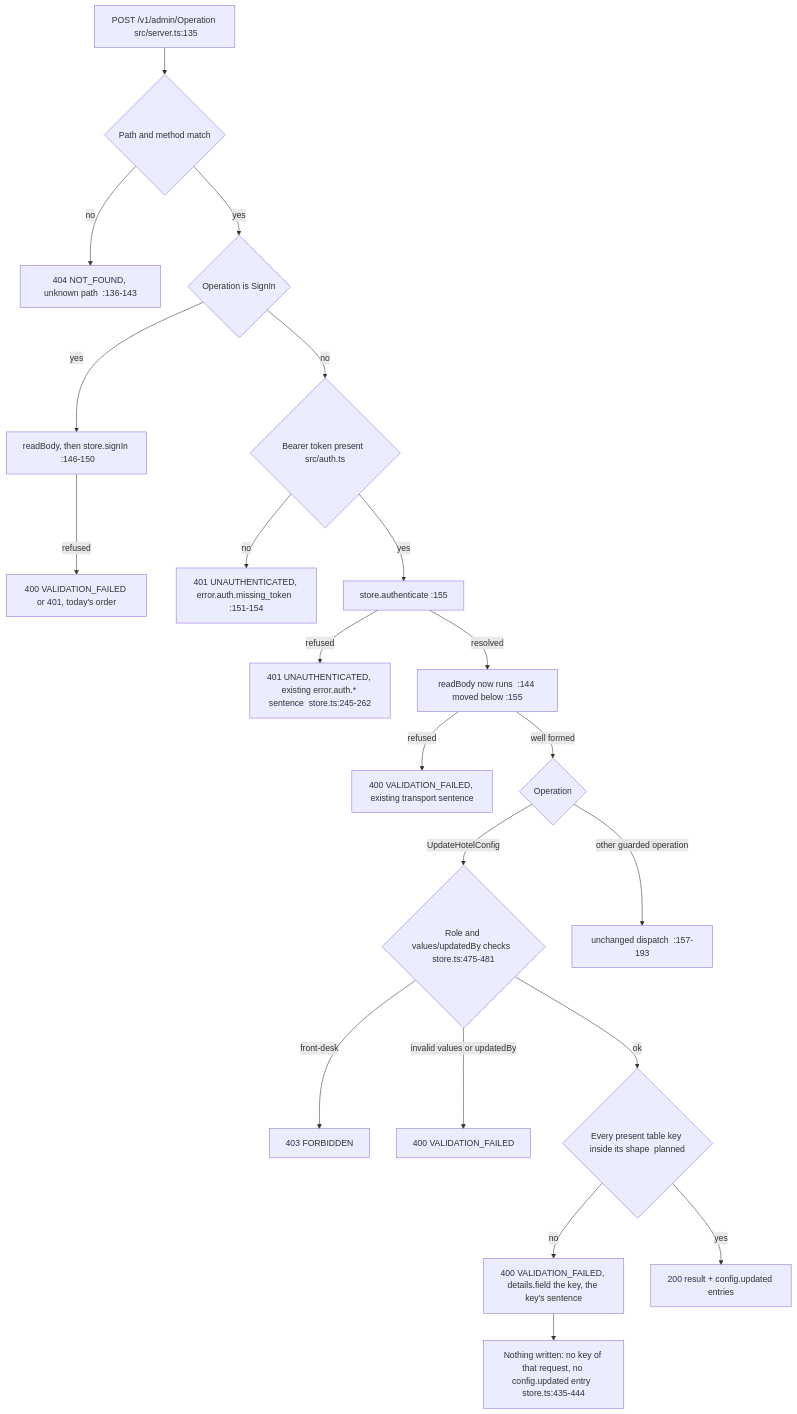
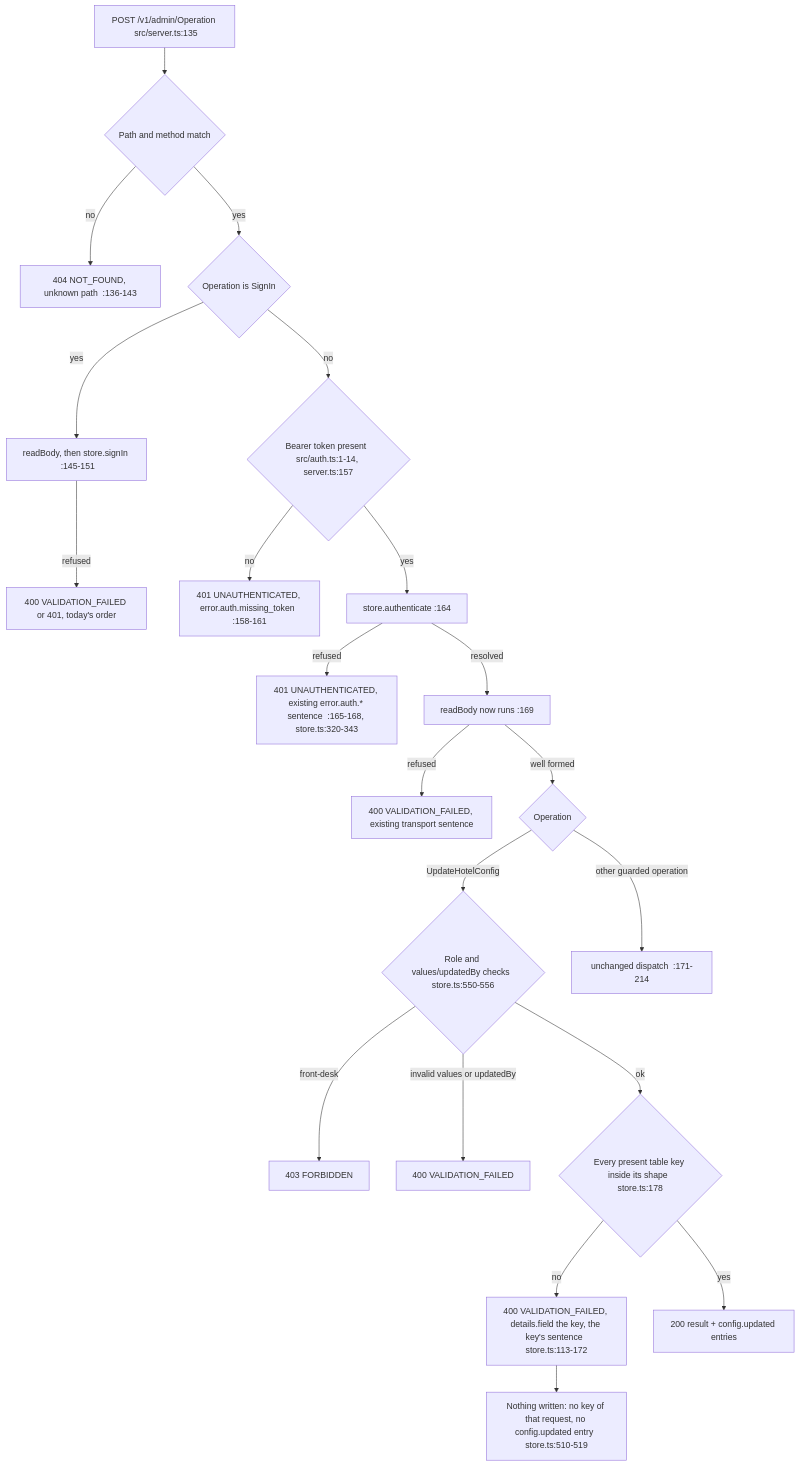
One commit to MingChen1501/hotel-mgmt changed the third of 3 diagrams in docs/architecture/services/admin.md. Above: the diagram before and after it, drawn with Mermaid. The commit also changed other lines of this file and 21 other files, not shown here.

First line of the commit message:
fix(admin): Authenticate before parsing and validate config writes

````diff
--- a/docs/architecture/services/admin.md
+++ b/docs/architecture/services/admin.md
@@ -92,23 +92,23 @@
 ```mermaid
 flowchart TD
     R[POST /v1/admin/Operation  src/server.ts:135] --> M{Path and method match}
     M -->|no| Z[404 NOT_FOUND, unknown path  :136-143]
     M -->|yes| S{Operation is SignIn}
-    S -->|yes| SB[readBody, then store.signIn  :146-150]
+    S -->|yes| SB[readBody, then store.signIn  :145-151]
     SB -->|refused| S4[400 VALIDATION_FAILED or 401, today's order]
-    S -->|no| T{Bearer token present  src/auth.ts}
-    T -->|no| N1[401 UNAUTHENTICATED, error.auth.missing_token  :151-154]
-    T -->|yes| A[store.authenticate  :155]
-    A -->|refused| N2[401 UNAUTHENTICATED, existing error.auth.* sentence  store.ts:245-262]
-    A -->|resolved| B[readBody now runs  :144 moved below :155]
+    S -->|no| T{Bearer token present  src/auth.ts:1-14, server.ts:157}
+    T -->|no| N1[401 UNAUTHENTICATED, error.auth.missing_token  :158-161]
+    T -->|yes| A[store.authenticate  :164]
+    A -->|refused| N2[401 UNAUTHENTICATED, existing error.auth.* sentence  :165-168, store.ts:320-343]
+    A -->|resolved| B[readBody now runs  :169]
     B -->|refused| B4[400 VALIDATION_FAILED, existing transport sentence]
     B -->|well formed| D{Operation}
-    D -->|UpdateHotelConfig| F{Role and values/updatedBy checks  store.ts:475-481}
+    D -->|UpdateHotelConfig| F{Role and values/updatedBy checks  store.ts:550-556}
     F -->|front-desk| F3[403 FORBIDDEN]
     F -->|invalid values or updatedBy| F4[400 VALIDATION_FAILED]
-    F -->|ok| K{Every present table key inside its shape  planned}
-    K -->|no| K4[400 VALIDATION_FAILED, details.field the key, the key's sentence]
-    K4 --> K5[Nothing written: no key of that request, no config.updated entry  store.ts:435-444]
+    F -->|ok| K{Every present table key inside its shape  store.ts:178}
+    K -->|no| K4[400 VALIDATION_FAILED, details.field the key, the key's sentence  store.ts:113-172]
+    K4 --> K5[Nothing written: no key of that request, no config.updated entry  store.ts:510-519]
     K -->|yes| W[200 result + config.updated entries]
-    D -->|other guarded operation| O[unchanged dispatch  :157-193]
+    D -->|other guarded operation| O[unchanged dispatch  :171-214]
 ```
````
